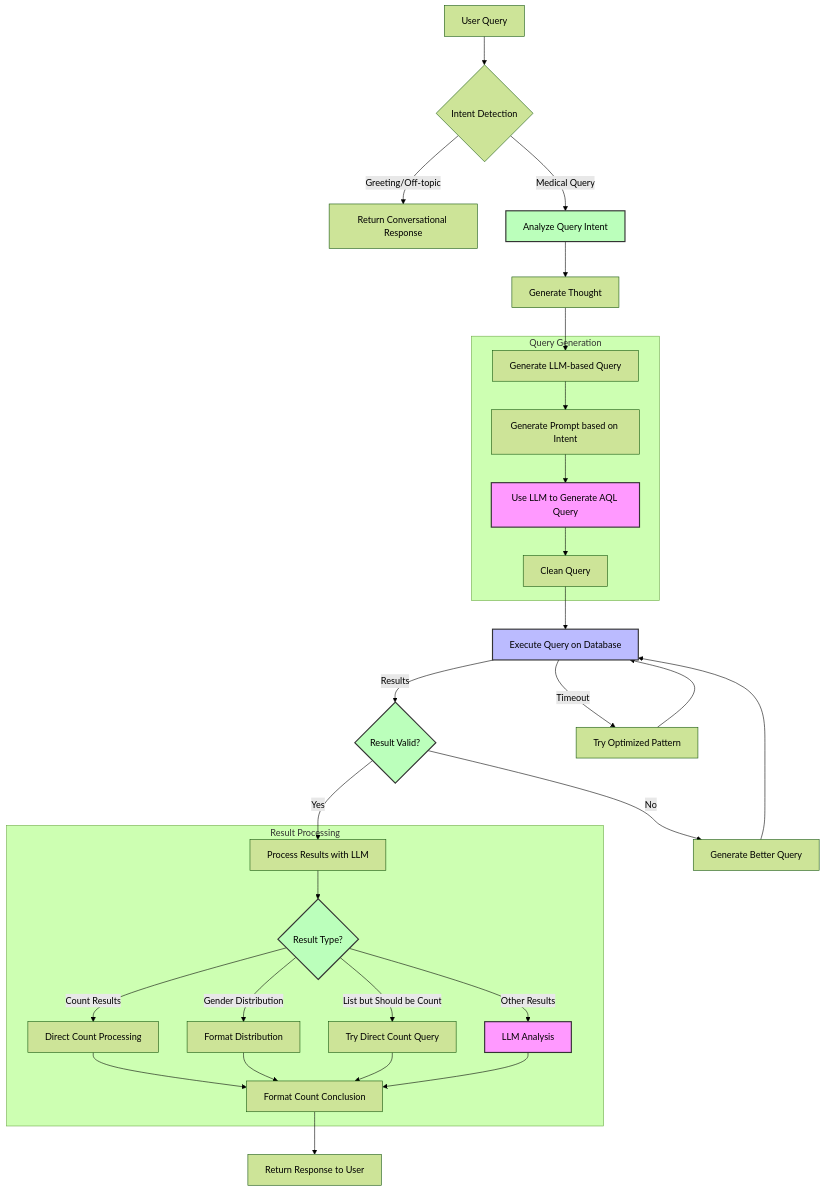
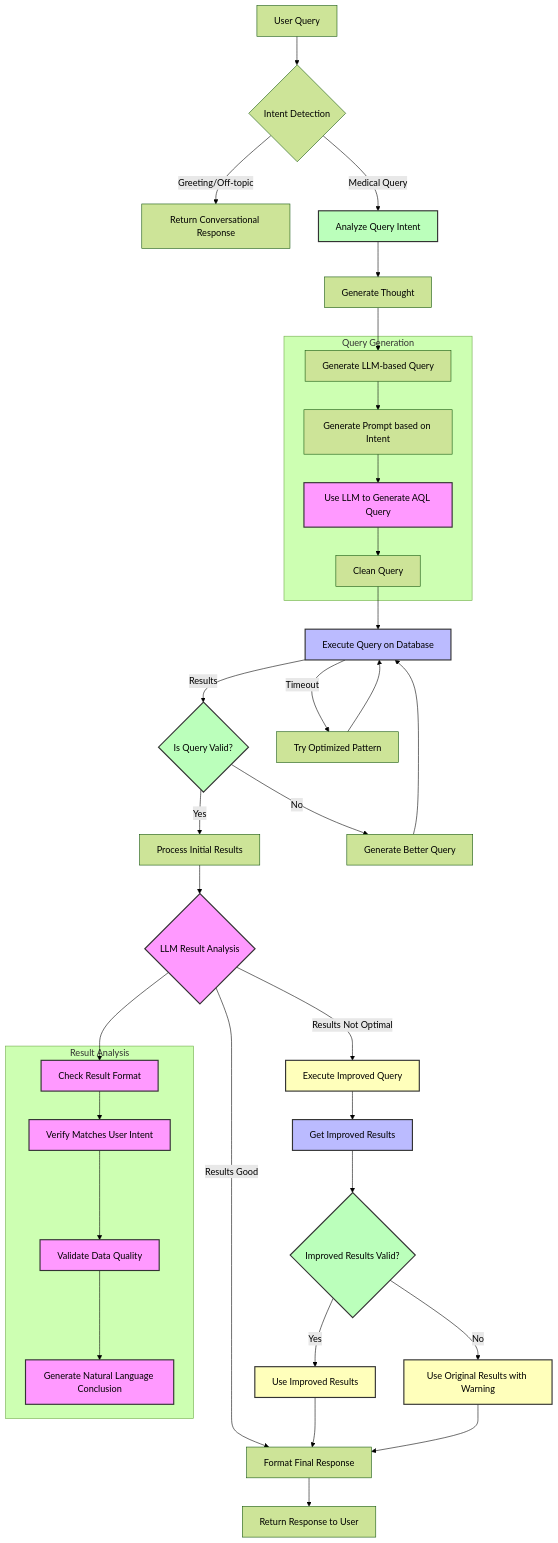
One commit to ajitonelsonn/medgraph-navigator changed the second of 2 diagrams in README.md. Above: the diagram before and after it, drawn with Mermaid (forest theme). The commit also changed other lines of this file, not shown here.

````diff
--- a/README.md
+++ b/README.md
@@ -93,48 +93,61 @@
 ```mermaid
 flowchart TB
     A[User Query] --> B{Intent Detection}
     B -->|Greeting/Off-topic| C[Return Conversational Response]
     B -->|Medical Query| D[Analyze Query Intent]
 
     D --> E[Generate Thought]
     E --> F[Generate LLM-based Query]
 
     subgraph "Query Generation"
         F --> F1[Generate Prompt based on Intent]
         F1 --> F2[Use LLM to Generate AQL Query]
         F2 --> F3[Clean Query]
     end
 
     F3 --> G[Execute Query on Database]
 
-    G --> |Results| H{Result Valid?}
+    G --> |Results| H{Is Query Valid?}
     G --> |Timeout| I[Try Optimized Pattern]
     I --> G
 
-    H --> |Yes| J[Process Results with LLM]
+    H --> |Yes| J[Process Initial Results]
     H --> |No| K[Generate Better Query]
     K --> G
 
-    subgraph "Result Processing"
-        J --> J1{Result Type?}
-        J1 -->|Count Results| J2[Direct Count Processing]
-        J1 -->|Gender Distribution| J3[Format Distribution]
-        J1 -->|List but Should be Count| J4[Try Direct Count Query]
-        J1 -->|Other Results| J5[LLM Analysis]
+    J --> L{LLM Result Analysis}
+    L --> |Results Good| M[Format Final Response]
+    L --> |Results Not Optimal| N[Execute Improved Query]
 
-        J2 --> J6[Format Count Conclusion]
-        J3 --> J6
-        J4 --> J6
-        J5 --> J6
+    N --> O[Get Improved Results]
+    O --> P{Improved Results Valid?}
+    P --> |Yes| Q[Use Improved Results]
+    P --> |No| R[Use Original Results with Warning]
+
+    Q --> M
+    R --> M
+
+    M --> S[Return Response to User]
+
+    subgraph "Result Analysis"
+        L1[Check Result Format]
+        L2[Verify Matches User Intent]
+        L3[Validate Data Quality]
+        L4[Generate Natural Language Conclusion]
     end
 
-    J6 --> L[Return Response to User]
+    L --> L1
+    L1 --> L2
+    L2 --> L3
+    L3 --> L4
 
     classDef llm fill:#f9f,stroke:#333,stroke-width:2px
     classDef database fill:#bbf,stroke:#333,stroke-width:2px
     classDef analysis fill:#bfb,stroke:#333,stroke-width:2px
+    classDef newProcess fill:#ffb,stroke:#333,stroke-width:2px
 
-    class F2,J5 llm
-    class G database
-    class D,H,J1 analysis
+    class F2,L,L1,L2,L3,L4 llm
+    class G,O database
+    class D,H,P analysis
+    class N,Q,R newProcess
 ```
````
